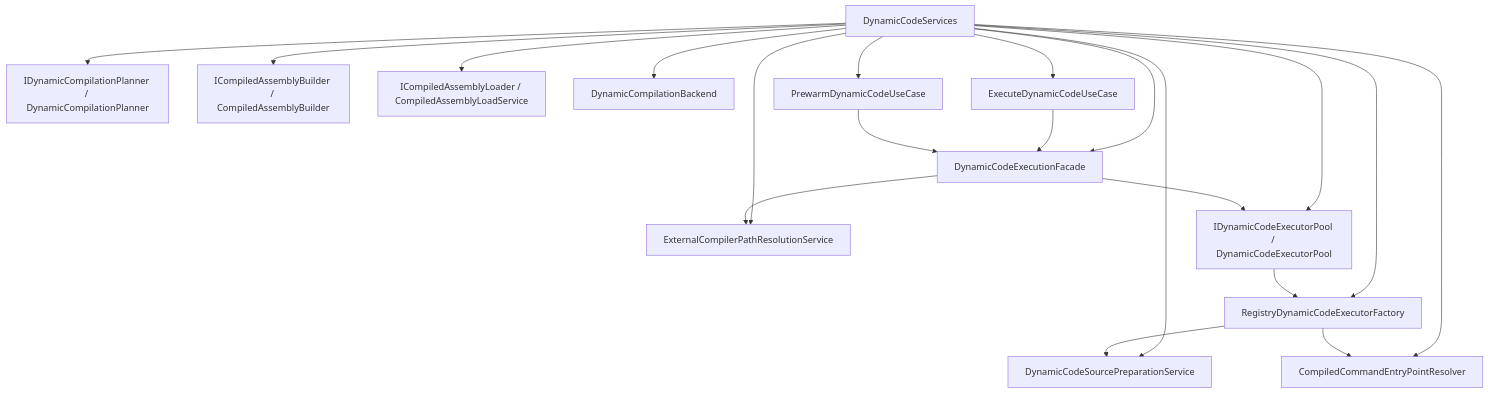
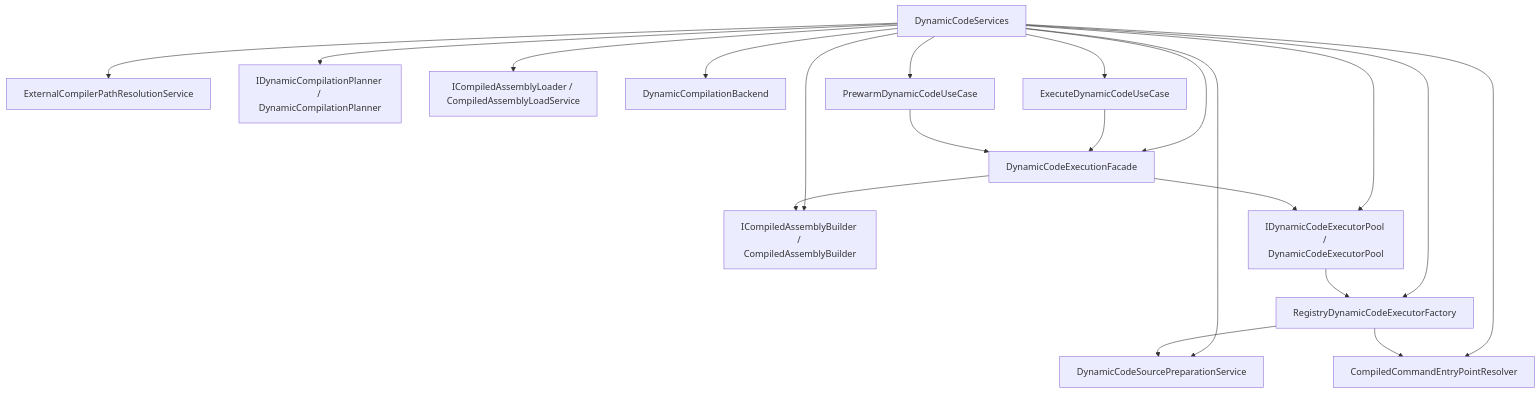
One commit to hatayama/uLoopMCP changed the second of 2 diagrams in docs/architecture/execute-dynamic-code-rebuild.md. Above: the diagram before and after it, drawn with Mermaid. The commit also changed other lines of this file and 5 other files, not shown here.

````diff
--- a/docs/architecture/execute-dynamic-code-rebuild.md
+++ b/docs/architecture/execute-dynamic-code-rebuild.md
@@ -116,37 +116,37 @@
 ```mermaid
 flowchart TD
     Services["DynamicCodeServices"]
     SourcePrepSvc["DynamicCodeSourcePreparationService"]
     PathSvc["ExternalCompilerPathResolutionService"]
     Planner["IDynamicCompilationPlanner / DynamicCompilationPlanner"]
     Builder["ICompiledAssemblyBuilder / CompiledAssemblyBuilder"]
     LoadSvc["ICompiledAssemblyLoader / CompiledAssemblyLoadService"]
     Backend["DynamicCompilationBackend"]
     EntryResolver["CompiledCommandEntryPointResolver"]
     Provider["RegistryDynamicCodeExecutorFactory"]
     ExecutorPool["IDynamicCodeExecutorPool / DynamicCodeExecutorPool"]
     RuntimeFacade["DynamicCodeExecutionFacade"]
     ExecuteUseCase["ExecuteDynamicCodeUseCase"]
     PrewarmUseCase["PrewarmDynamicCodeUseCase"]
 
     Services --> SourcePrepSvc
     Services --> PathSvc
     Services --> Planner
     Services --> Builder
     Services --> LoadSvc
     Services --> Backend
     Services --> EntryResolver
     Services --> Provider
     Services --> ExecutorPool
     Services --> RuntimeFacade
     Services --> ExecuteUseCase
     Services --> PrewarmUseCase
 
     Provider --> SourcePrepSvc
     Provider --> EntryResolver
     ExecutorPool --> Provider
-    RuntimeFacade --> PathSvc
     RuntimeFacade --> ExecutorPool
+    RuntimeFacade --> Builder
     ExecuteUseCase --> RuntimeFacade
     PrewarmUseCase --> RuntimeFacade
 ```
````
